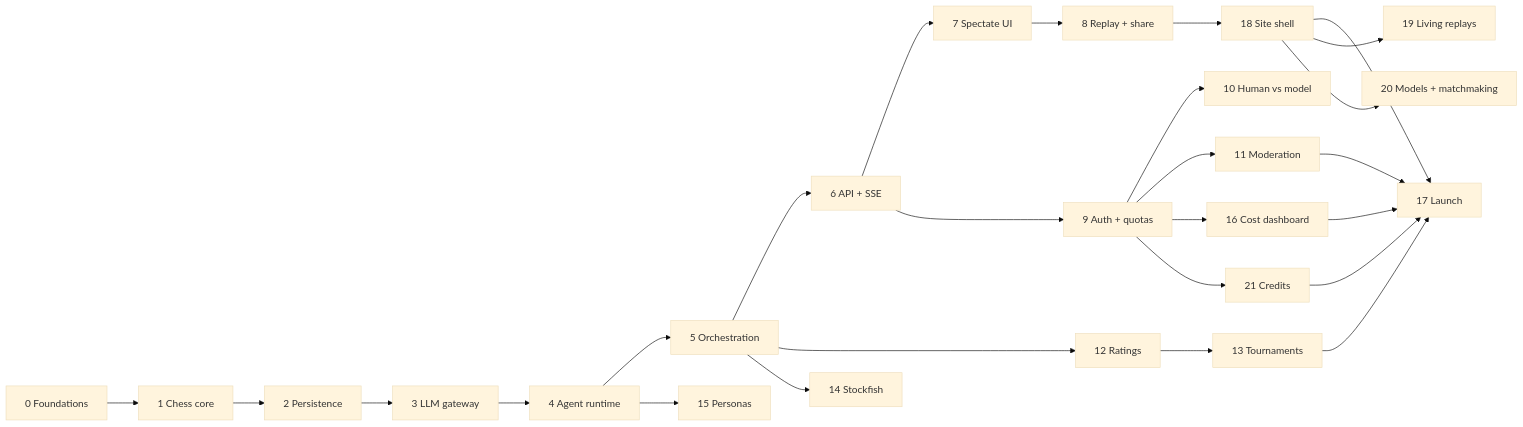
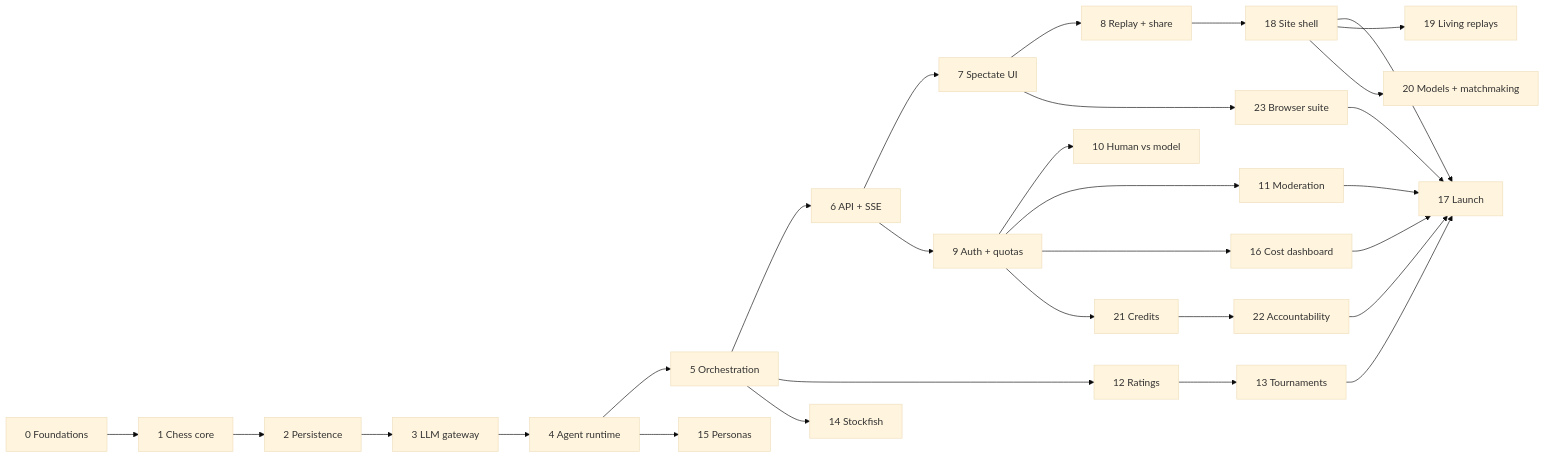
Before and after one commit to ahmedsaed/chessmark: the diagram in docs/ROADMAP.md, drawn with Mermaid (base theme). The commit also changed other lines of this file and 2 other files, not shown here.

````diff
--- a/docs/ROADMAP.md
+++ b/docs/ROADMAP.md
@@ -21,28 +21,31 @@
 ```mermaid
 flowchart LR
     P0[0 Foundations] --> P1[1 Chess core]
     P1 --> P2[2 Persistence]
     P2 --> P3[3 LLM gateway]
     P3 --> P4[4 Agent runtime]
     P4 --> P5[5 Orchestration]
     P5 --> P6[6 API + SSE]
     P6 --> P7[7 Spectate UI]
     P7 --> P8[8 Replay + share]
     P6 --> P9[9 Auth + quotas]
     P9 --> P10[10 Human vs model]
     P9 --> P11[11 Moderation]
     P5 --> P12[12 Ratings]
     P12 --> P13[13 Tournaments]
     P5 --> P14[14 Stockfish]
     P4 --> P15[15 Personas]
     P9 --> P16[16 Cost dashboard]
     P8 --> P18[18 Site shell]
     P18 --> P17[17 Launch]
     P18 --> P19[19 Living replays]
     P18 --> P20[20 Models + matchmaking]
     P9 --> P21[21 Credits]
-    P21 --> P17
+    P21 --> P22[22 Accountability]
+    P22 --> P17
+    P7 --> P23[23 Browser suite]
+    P23 --> P17
     P11 --> P17
     P13 --> P17
     P16 --> P17
 ```
````
